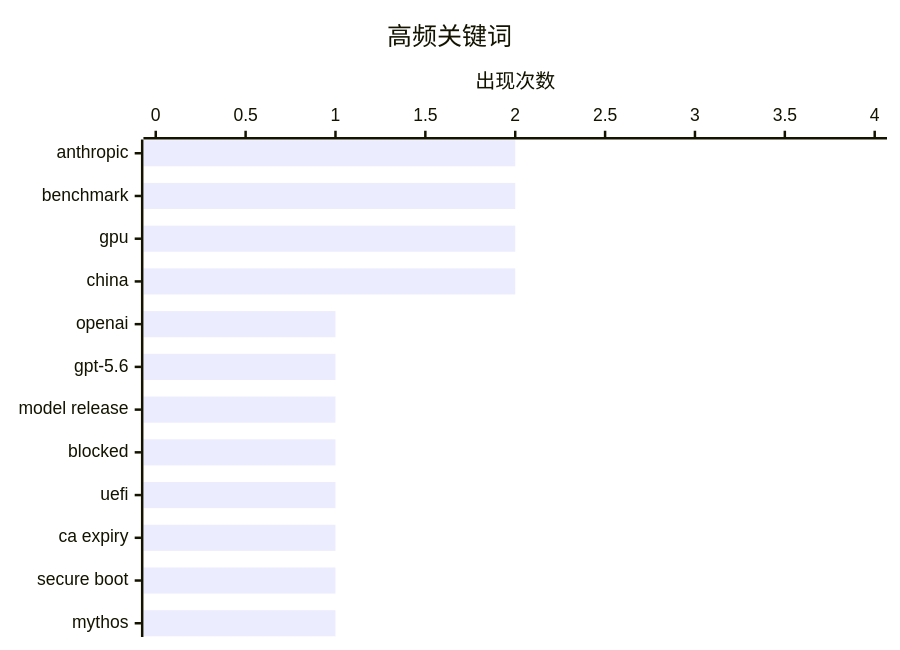
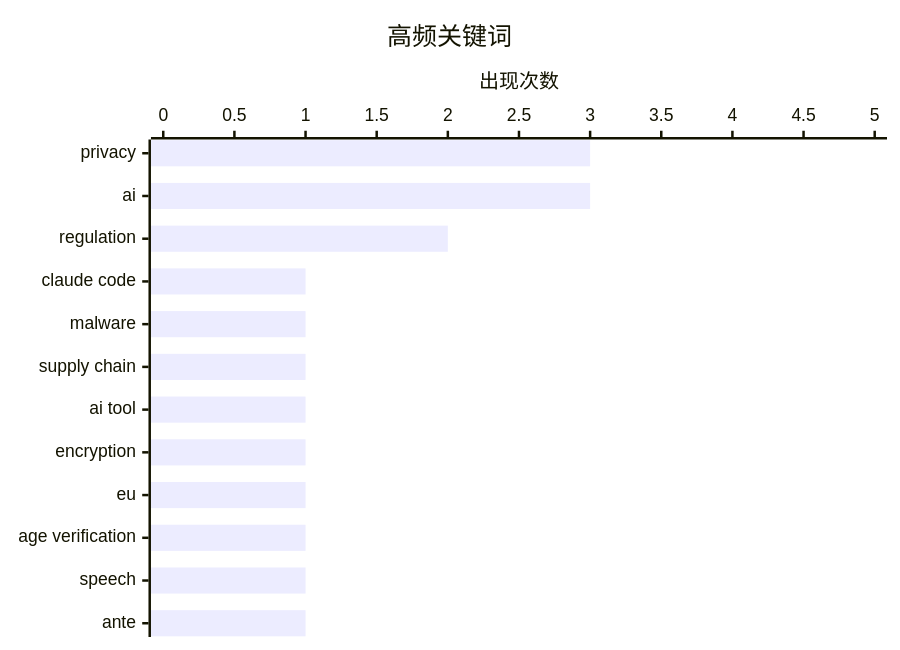
The second of 2 diagrams in digests/digest-20260629.md (Halcyon-ccc/ai-daily-digest), drawn with Mermaid before and after one commit. The commit also changed other lines of this file, not shown here.

````diff
--- a/digests/digest-20260629.md
+++ b/digests/digest-20260629.md
@@ -349,7 +410,7 @@
 ```mermaid
 xychart-beta horizontal
     title "高频关键词"
-    x-axis ["anthropic", "benchmark", "gpu", "china", "openai", "gpt-5.6", "model release", "blocked", "uefi", "ca expiry", "secure boot", "mythos"]
-    y-axis "出现次数" 0 --> 4
-    bar [2, 2, 2, 2, 1, 1, 1, 1, 1, 1, 1, 1]
+    x-axis ["privacy", "ai", "regulation", "claude code", "malware", "supply chain", "ai tool", "encryption", "eu", "age verification", "speech", "ante"]
+    y-axis "出现次数" 0 --> 5
+    bar [3, 3, 2, 1, 1, 1, 1, 1, 1, 1, 1, 1]
 ```
````
